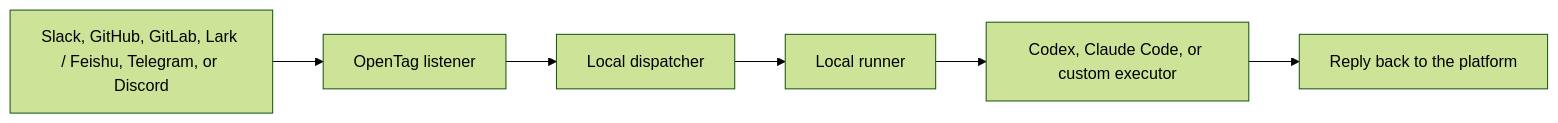
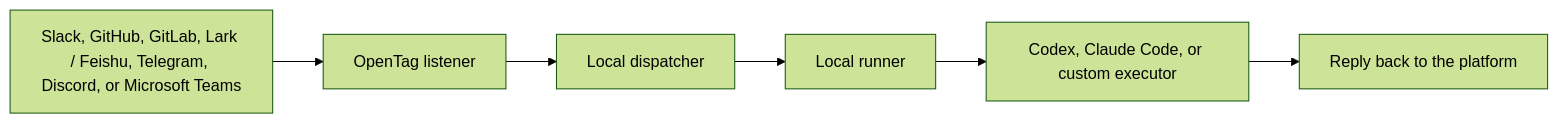
Before and after one commit to amplifthq/opentag: the diagram in README.md, drawn with Mermaid (forest theme). The commit also changed other lines of this file and 1 other file, not shown here.

Commit message:
docs(teams): include Teams in README platform lists

````diff
--- a/README.md
+++ b/README.md
@@ -213,8 +213,8 @@
 ```mermaid
 flowchart LR
-    A["Slack, GitHub, GitLab, Lark / Feishu, Telegram, or Discord"] --> B["OpenTag listener"]
+    A["Slack, GitHub, GitLab, Lark / Feishu, Telegram, Discord, or Microsoft Teams"] --> B["OpenTag listener"]
     B --> C["Local dispatcher"]
     C --> D["Local runner"]
     D --> E["Codex, Claude Code, or custom executor"]
     E --> F["Reply back to the platform"]
 ```
````
